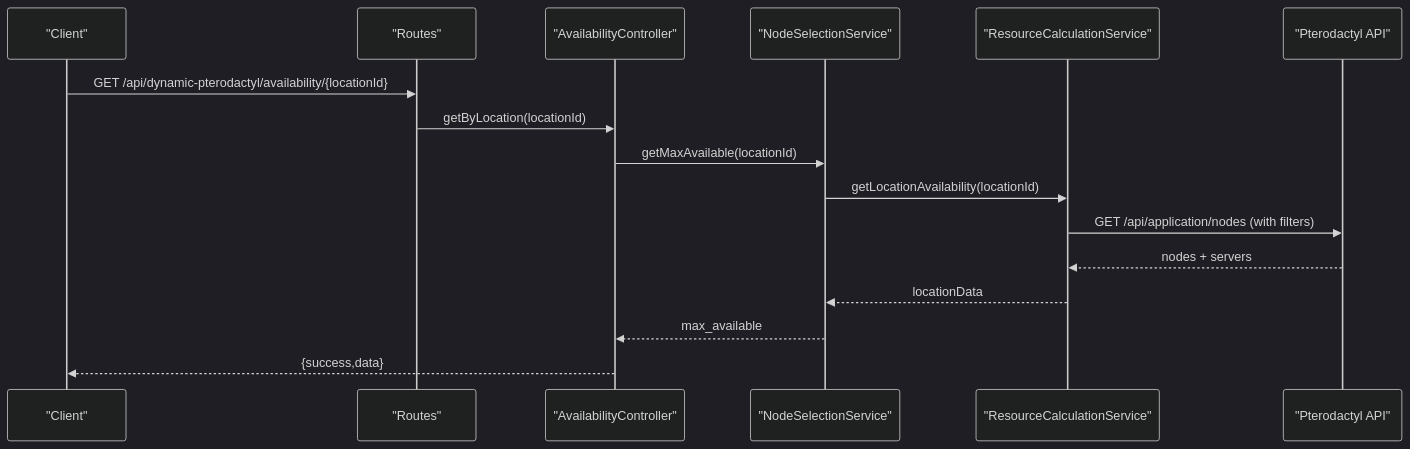
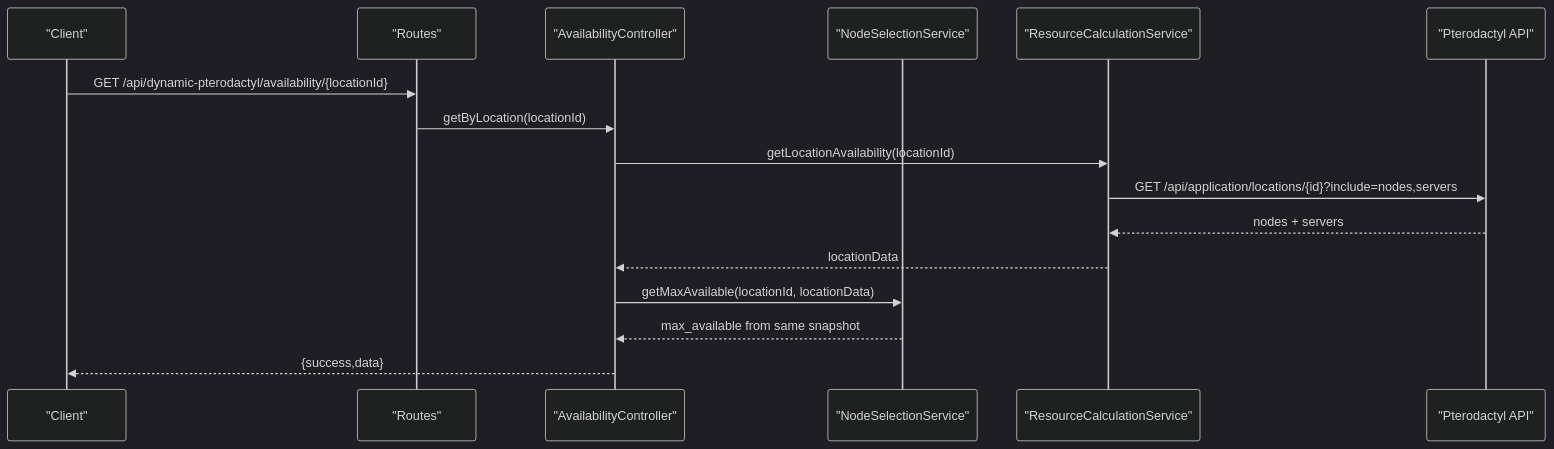
The second of 5 diagrams in .qoder/repowiki/en/content/Troubleshooting.md (ObsidianNetwork/dynamic-pterodactyl), drawn with Mermaid (dark theme) before and after one commit. The commit also changed 9 other files, not shown here.

````diff
--- a/.qoder/repowiki/en/content/Troubleshooting.md
+++ b/.qoder/repowiki/en/content/Troubleshooting.md
@@ -89,18 +89,18 @@
 ```mermaid
 sequenceDiagram
 participant C as "Client"
 participant R as "Routes"
 participant A as "AvailabilityController"
 participant N as "NodeSelectionService"
 participant S as "ResourceCalculationService"
 participant P as "Pterodactyl API"
 C->>R : GET /api/dynamic-pterodactyl/availability/{locationId}
 R->>A : getByLocation(locationId)
-A->>N : getMaxAvailable(locationId)
-N->>S : getLocationAvailability(locationId)
-S->>P : GET /api/application/nodes (with filters)
+A->>S : getLocationAvailability(locationId)
+S->>P : GET /api/application/locations/{id}?include=nodes,servers
 P-->>S : nodes + servers
-S-->>N : locationData
-N-->>A : max_available
+S-->>A : locationData
+A->>N : getMaxAvailable(locationId, locationData)
+N-->>A : max_available from same snapshot
 A-->>C : {success,data}
 ```
````
